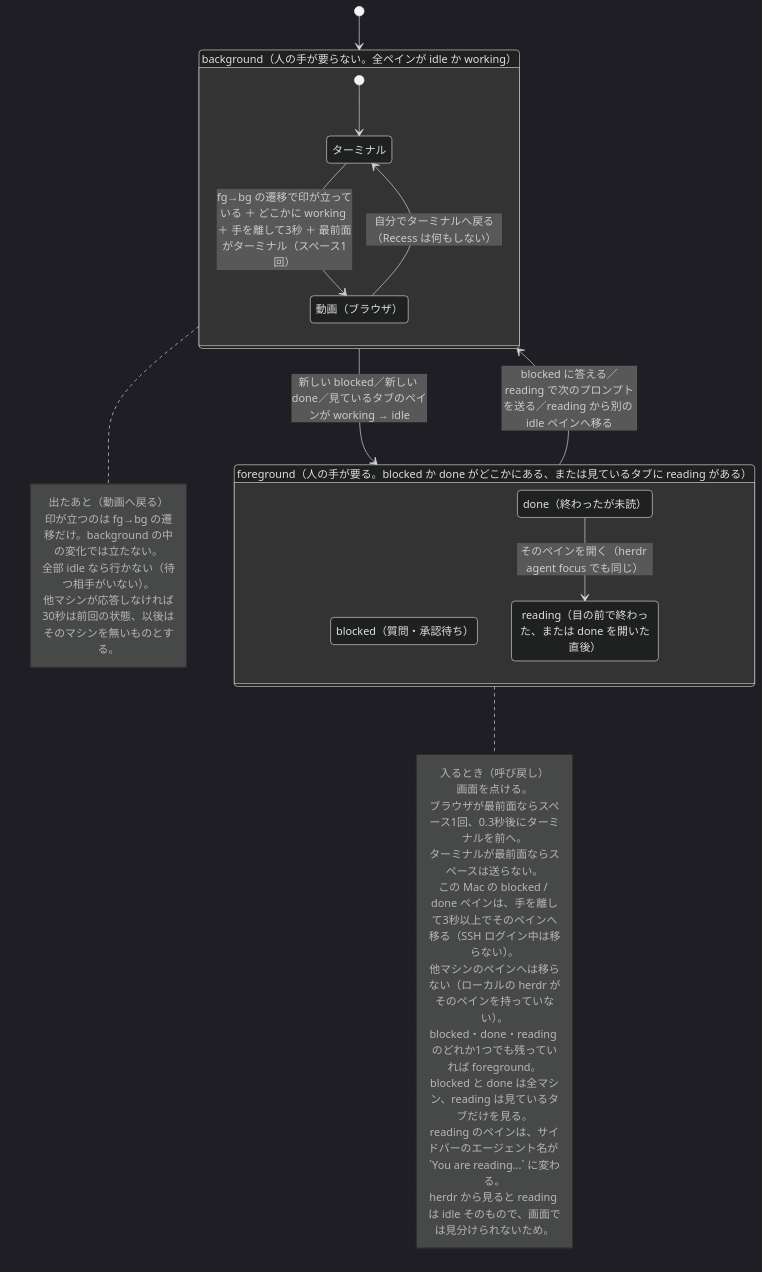
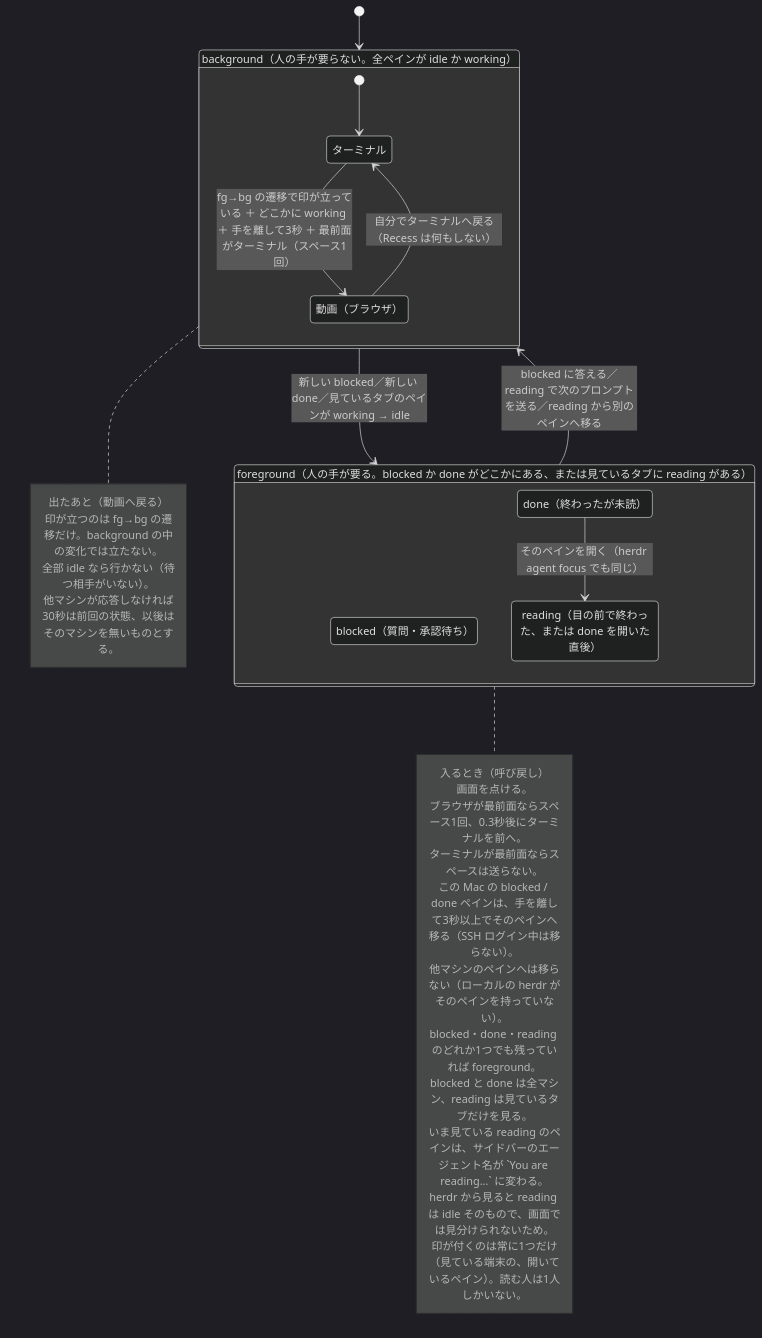
One commit to tatsuro-ueda/recess changed the second of 2 diagrams in docs/spec.md. Above: the diagram before and after it, drawn with Mermaid (dark theme). The commit also changed other lines of this file and 1 other file, not shown here.

Commit message:
fix: 読んでいる場所を1つにしたい（印を「いま開いているペイン」だけに出す）
2026年9月29日 読み中の印をいま見ているペインだけにする

読む人は1人しかいないのに、印が3つ同時に立ち、別のペインへ移っても消えなかった
（実測 reading=['business-docs/w1D:p2', 'local/w24:pB', 'local/w24:pC']）。
消える条件が「reading でない idle のペインへ移ったとき」だけで、reading どうしが
消し合えなかったため。画面に出すのは見ている端末の開いているペイン1つに限り、
読み中の終わりは「別のペインへ移ったら」へ広げる（移った先の状態は問わない）。

````diff
--- a/docs/spec.md
+++ b/docs/spec.md
@@ -154,43 +155,44 @@
 ```mermaid
 stateDiagram-v2
     direction TB
 
     state "background（人の手が要らない。全ペインが idle か working）" as bg {
         state "ターミナル" as term
         state "動画（ブラウザ）" as nf
         [*] --> term
         term --> nf : fg→bg の遷移で印が立っている ＋ どこかに working ＋ 手を離して3秒 ＋ 最前面がターミナル（スペース1回）
         nf --> term : 自分でターミナルへ戻る（Recess は何もしない）
     }
 
     state "foreground（人の手が要る。blocked か done がどこかにある、または見ているタブに reading がある）" as fg {
         state "blocked（質問・承認待ち）" as blocked
         state "done（終わったが未読）" as done
         state "reading（目の前で終わった、または done を開いた直後）" as reading
         done --> reading : そのペインを開く（herdr agent focus でも同じ）
     }
 
     [*] --> bg
     bg --> fg : 新しい blocked／新しい done／見ているタブのペインが working → idle
-    fg --> bg : blocked に答える／reading で次のプロンプトを送る／reading から別の idle ペインへ移る
+    fg --> bg : blocked に答える／reading で次のプロンプトを送る／reading から別のペインへ移る
 
     note right of fg
         入るとき（呼び戻し）
         画面を点ける。
         ブラウザが最前面ならスペース1回、0.3秒後にターミナルを前へ。
         ターミナルが最前面ならスペースは送らない。
         この Mac の blocked / done ペインは、手を離して3秒以上でそのペインへ移る（SSH ログイン中は移らない）。
         他マシンのペインへは移らない（ローカルの herdr がそのペインを持っていない）。
         blocked・done・reading のどれか1つでも残っていれば foreground。
         blocked と done は全マシン、reading は見ているタブだけを見る。
-        reading のペインは、サイドバーのエージェント名が `You are reading...` に変わる。
+        いま見ている reading のペインは、サイドバーのエージェント名が `You are reading...` に変わる。
         herdr から見ると reading は idle そのもので、画面では見分けられないため。
+        印が付くのは常に1つだけ（見ている端末の、開いているペイン）。読む人は1人しかいない。
     end note
 
     note right of bg
         出たあと（動画へ戻る）
         印が立つのは fg→bg の遷移だけ。background の中の変化では立たない。
         全部 idle なら行かない（待つ相手がいない）。
         他マシンが応答しなければ30秒は前回の状態、以後はそのマシンを無いものとする。
     end note
 ```
````
